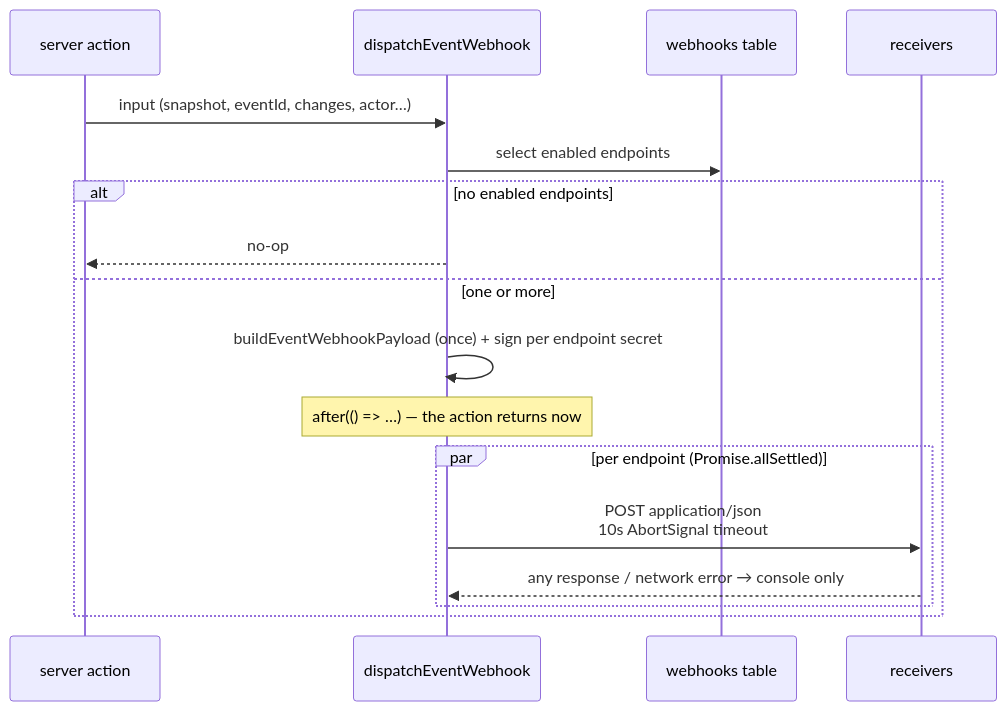
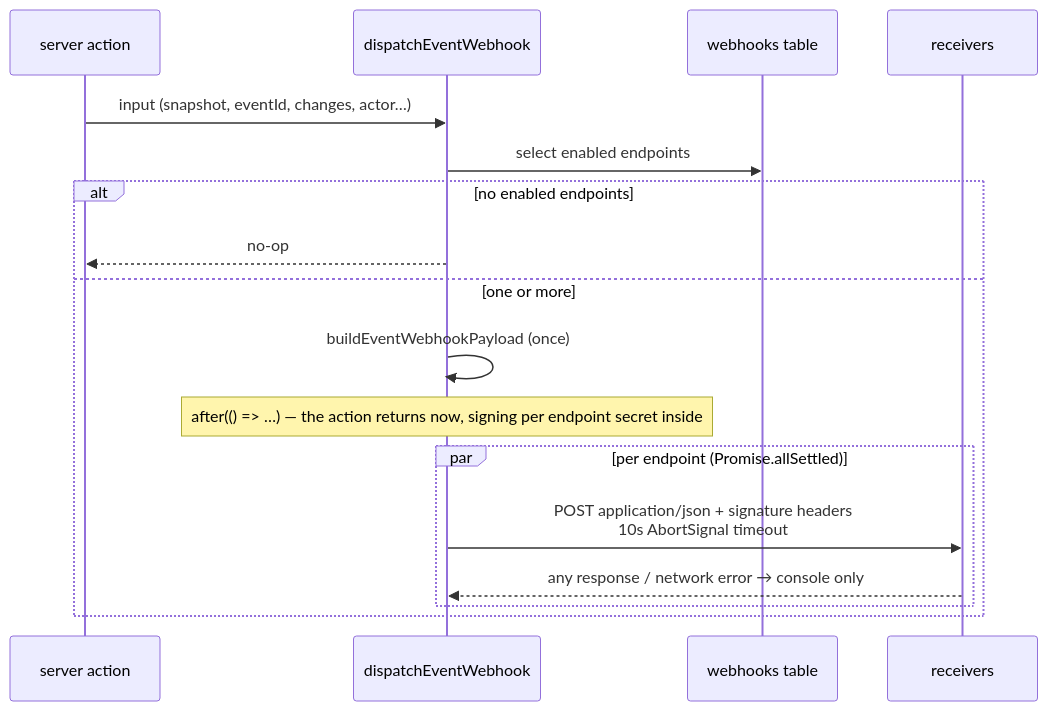
One commit to oncloudnintynineone-source/cloudy2 changed the second of 2 diagrams in docs/webhooks.md. Above: the diagram before and after it, drawn with Mermaid. The commit also changed 22 other files, not shown here.

Commit message:
docs: sync mermaid diagrams with current code, fix diagram syntax errors

````diff
--- a/docs/webhooks.md
+++ b/docs/webhooks.md
@@ -131,19 +131,19 @@
 ```mermaid
 sequenceDiagram
  participant A as server action
  participant W as dispatchEventWebhook
  participant D as webhooks table
  participant R as receivers
  A->>W: input (snapshot, eventId, changes, actor…)
  W->>D: select enabled endpoints
  alt no enabled endpoints
  W-->>A: no-op
  else one or more
- W->>W: buildEventWebhookPayload (once) + sign per endpoint secret
- Note over W: after(() => …) — the action returns now
+ W->>W: buildEventWebhookPayload (once)
+ Note over W: after(() => …) — the action returns now, signing per endpoint secret inside
  par per endpoint (Promise.allSettled)
- W->>R: POST application/json<br/>10s AbortSignal timeout
+ W->>R: POST application/json + signature headers<br/>10s AbortSignal timeout
  R-->>W: any response / network error → console only
  end
  end
 ```
````
